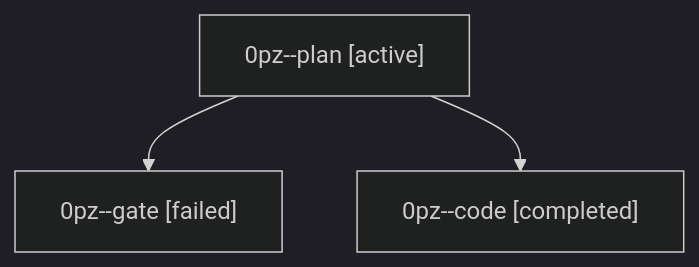
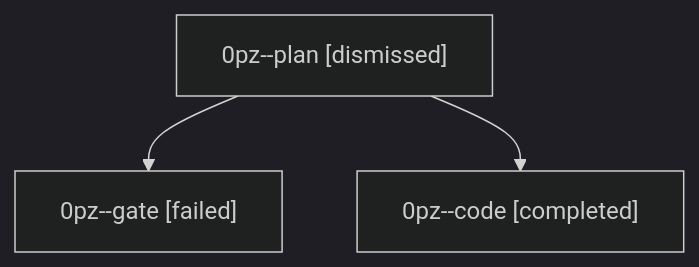
Before and after one commit to sase-org/sase--agents: the diagram in sessions/bbugyi200.athena.0pz.md, drawn with Mermaid (dark theme). The commit also changed other lines of this file and 28 other files, not shown here.

````diff
--- a/sessions/bbugyi200.athena.0pz.md
+++ b/sessions/bbugyi200.athena.0pz.md
@@ -9,8 +9,8 @@
 ```mermaid
 flowchart TD
-  n0["0pz--plan [active]"]
+  n0["0pz--plan [dismissed]"]
   n1["0pz--gate [failed]"]
   n0 --> n1
   n2["0pz--code [completed]"]
   n0 --> n2
 ```
````
